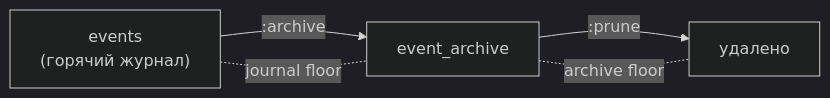
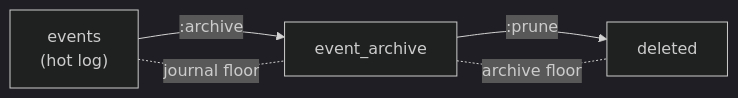
Before and after one commit to monthu56/taimen: the second of 2 diagrams in guide/docs/control-plane/events.md, drawn with Mermaid (dark theme). The commit also changed other lines of this file and 183 other files, not shown here.

````diff
--- a/guide/docs/control-plane/events.md
+++ b/guide/docs/control-plane/events.md
@@ -318,7 +319,7 @@
 ```mermaid
 flowchart LR
-    E["events<br/>(горячий журнал)"] -->|":archive"| A["event_archive"]
-    A -->|":prune"| X["удалено"]
+    E["events<br/>(hot log)"] -->|":archive"| A["event_archive"]
+    A -->|":prune"| X["deleted"]
     E -. "journal floor" .- A
     A -. "archive floor" .- X
 ```
````
